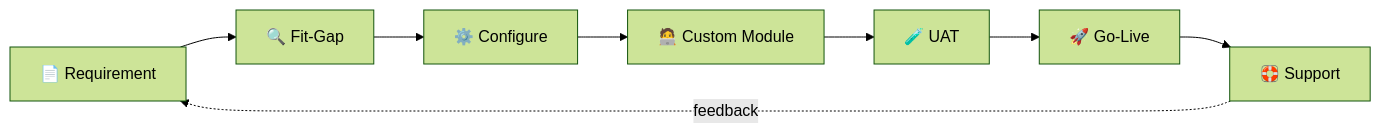
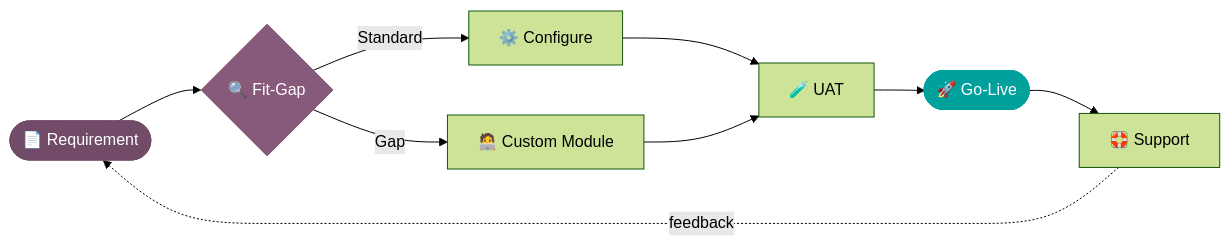
Before and after one commit to dems-dev/Dems-dev: the diagram in README.md, drawn with Mermaid (forest theme). The commit also changed other lines of this file, not shown here.

````diff
--- a/README.md
+++ b/README.md
@@ -80,10 +99,15 @@
 ```mermaid
 flowchart LR
-    A[📄 Requirement] --> B[🔍 Fit-Gap]
-    B --> C[⚙️ Configure]
-    C --> D[🧑‍💻 Custom Module]
-    D --> E[🧪 UAT]
-    E --> F[🚀 Go-Live]
+    A([📄 Requirement]) --> B{🔍 Fit-Gap}
+    B -->|Standard| C[⚙️ Configure]
+    B -->|Gap| D[🧑‍💻 Custom Module]
+    C --> E[🧪 UAT]
+    D --> E
+    E --> F([🚀 Go-Live])
     F --> G[🛟 Support]
-    G -.feedback.-> A
+    G -. feedback .-> A
+
+    style A fill:#714B67,color:#fff,stroke:#714B67
+    style F fill:#00A09D,color:#fff,stroke:#00A09D
+    style B fill:#875A7B,color:#fff,stroke:#875A7B
 ```
````
